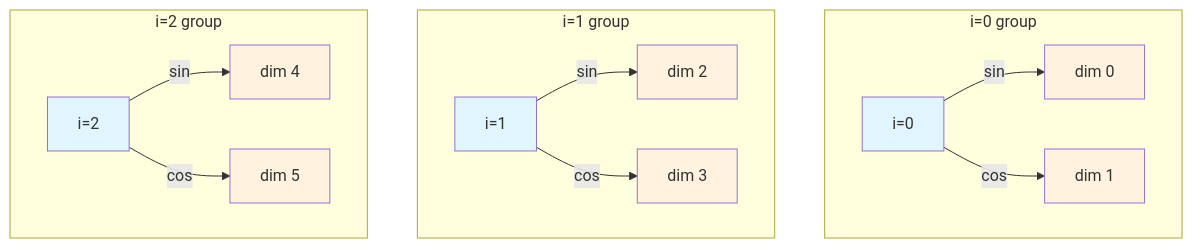
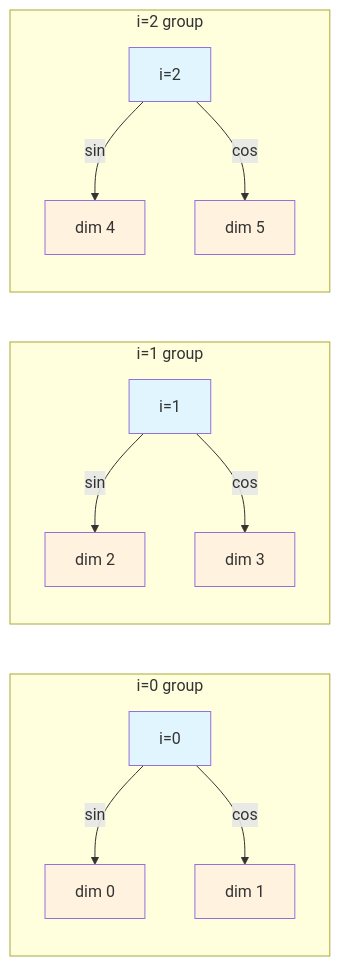
The second of 2 diagrams in Transformer/07-位置编码.md (Zheng-Enci/Knoweledges), drawn with Mermaid before and after one commit.

Commit message:
修复Mermaid子图名称显示

````diff
--- a/Transformer/07-位置编码.md
+++ b/Transformer/07-位置编码.md
@@ -148,27 +148,27 @@
 ```mermaid
-graph TD
-    subgraph i0_group [i=0 group]
+graph LR
+    subgraph i0_group ["i=0 group"]
     i0[i=0] -->|sin| d0[dim 0]
     i0 -->|cos| d1[dim 1]
     end
     
-    subgraph i1_group [i=1 group]
+    subgraph i1_group ["i=1 group"]
     i1[i=1] -->|sin| d2[dim 2]
     i1 -->|cos| d3[dim 3]
     end
     
-    subgraph i2_group [i=2 group]
+    subgraph i2_group ["i=2 group"]
     i2[i=2] -->|sin| d4[dim 4]
     i2 -->|cos| d5[dim 5]
     end
     
     style i0 fill:#e1f5fe
     style i1 fill:#e1f5fe
     style i2 fill:#e1f5fe
     style d0 fill:#fff3e0
     style d1 fill:#fff3e0
     style d2 fill:#fff3e0
     style d3 fill:#fff3e0
     style d4 fill:#fff3e0
     style d5 fill:#fff3e0
 ```
````
